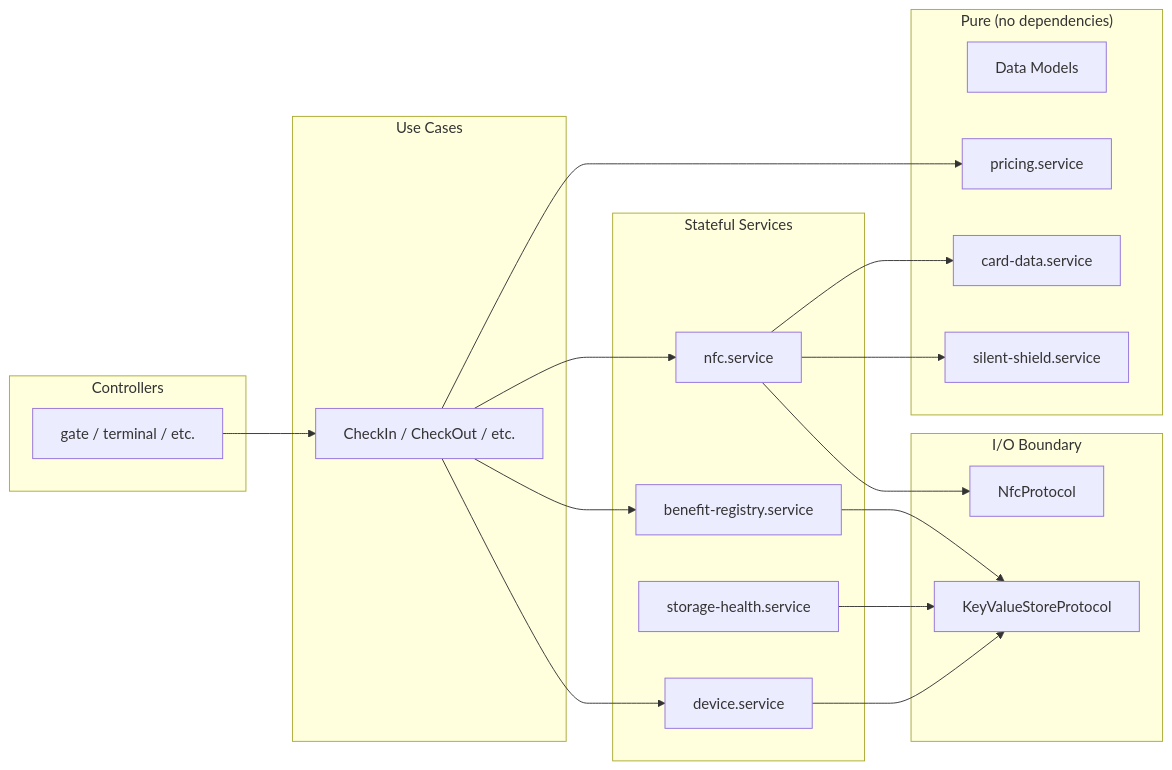
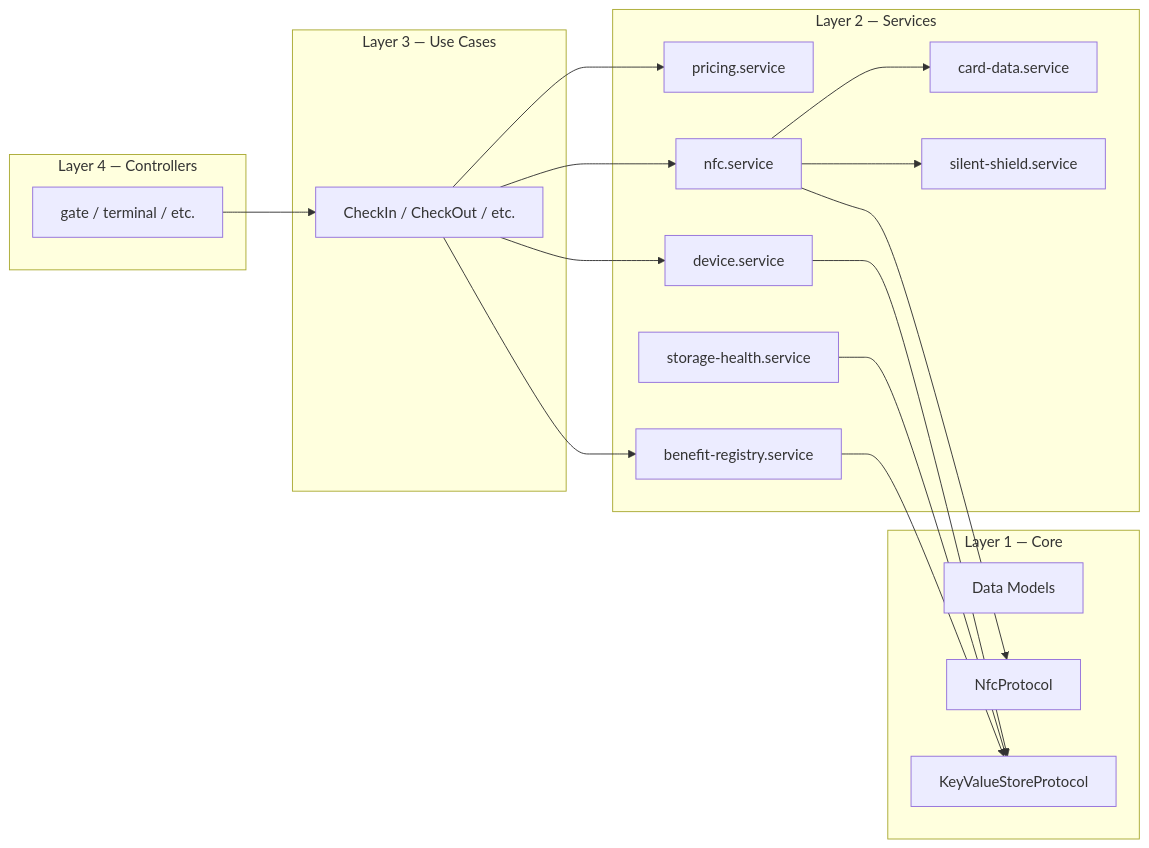
One commit to widdestoyud/assesment-s1-2026 changed the second of 2 diagrams in docs/wiki/membership-benefit-card/01-Architecture/Clean-Architecture.md. Above: the diagram before and after it, drawn with Mermaid. The commit also changed other lines of this file and 8 other files, not shown here.

First line of the commit message:
docs(mbc): Simplify architecture from 7 layers to 5 layers

````diff
--- a/docs/wiki/membership-benefit-card/01-Architecture/Clean-Architecture.md
+++ b/docs/wiki/membership-benefit-card/01-Architecture/Clean-Architecture.md
@@ -99,41 +92,38 @@
 ```mermaid
 graph LR
-    subgraph Pure["Pure (no dependencies)"]
+    subgraph Core["Layer 1 — Core"]
         Models[Data Models]
-        Pricing[pricing.service]
-        CardData[card-data.service]
-        Shield[silent-shield.service]
-    end
-
-    subgraph IOBoundary["I/O Boundary"]
         NfcProto[NfcProtocol]
         KvProto[KeyValueStoreProtocol]
     end
 
-    subgraph Stateful["Stateful Services"]
+    subgraph Services["Layer 2 — Services"]
+        Pricing[pricing.service]
+        CardData[card-data.service]
+        Shield[silent-shield.service]
         NfcSvc[nfc.service]
         DevSvc[device.service]
         HealthSvc[storage-health.service]
         RegSvc[benefit-registry.service]
     end
 
-    subgraph UC["Use Cases"]
+    subgraph UC["Layer 3 — Use Cases"]
         UseCases[CheckIn / CheckOut / etc.]
     end
 
-    subgraph Ctrl["Controllers"]
+    subgraph Ctrl["Layer 4 — Controllers"]
         Controllers[gate / terminal / etc.]
     end
 
     NfcSvc --> NfcProto
     NfcSvc --> CardData
     NfcSvc --> Shield
     DevSvc --> KvProto
     HealthSvc --> KvProto
     RegSvc --> KvProto
     UseCases --> NfcSvc
     UseCases --> Pricing
     UseCases --> DevSvc
     UseCases --> RegSvc
     Controllers --> UseCases
 ```
````
